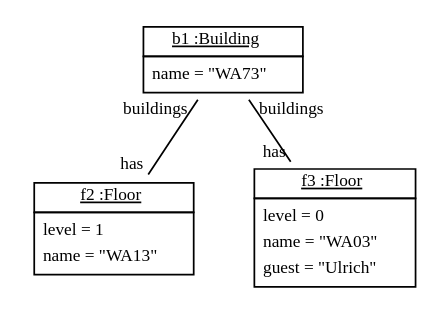
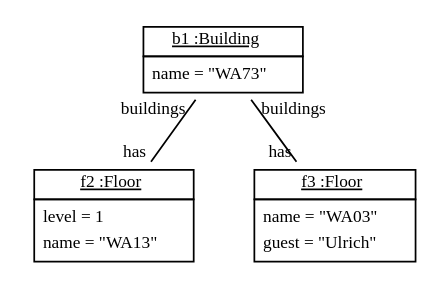
The diagram in doc/GenericObjectDiagram16.dot (fujaba/SDMLib), drawn with Graphviz before and after one commit. The commit also changed 303 other files, not shown here.

```diff
--- a/doc/GenericObjectDiagram16.dot
+++ b/doc/GenericObjectDiagram16.dot
@@ -1,12 +1,12 @@
 graph ObjectDiagram {
    node [shape = none, fontsize = 10];
    edge [fontsize = 10];
    compound=true;
 
 b1 [label=<<table border='0' cellborder='1' cellspacing='0'> <tr> <td href="../test/de/kassel/roombook/Building.java"> <u>b1 :Building</u></td></tr><tr><td><table border='0' cellborder='0' cellspacing='0'><tr><td align='left'>name = "WA73"</td></tr></table></td></tr></table>>];
 f2 [label=<<table border='0' cellborder='1' cellspacing='0'> <tr> <td href="../test/de/kassel/roombook/Floor.java"> <u>f2 :Floor</u></td></tr><tr><td><table border='0' cellborder='0' cellspacing='0'><tr><td align='left'>level = 1</td></tr><tr><td align='left'>name = "WA13"</td></tr></table></td></tr></table>>];
-f3 [label=<<table border='0' cellborder='1' cellspacing='0'> <tr> <td href="../test/de/kassel/roombook/Floor.java"> <u>f3 :Floor</u></td></tr><tr><td><table border='0' cellborder='0' cellspacing='0'><tr><td align='left'>level = 0</td></tr><tr><td align='left'>name = "WA03"</td></tr><tr><td align='left'>guest = "Ulrich"</td></tr></table></td></tr></table>>];
+f3 [label=<<table border='0' cellborder='1' cellspacing='0'> <tr> <td href="../test/de/kassel/roombook/Floor.java"> <u>f3 :Floor</u></td></tr><tr><td><table border='0' cellborder='0' cellspacing='0'><tr><td align='left'>name = "WA03"</td></tr><tr><td align='left'>guest = "Ulrich"</td></tr></table></td></tr></table>>];
 
 b1 -- f2 [headlabel = "has" taillabel = "buildings"];
 b1 -- f3 [headlabel = "has" taillabel = "buildings"];
 }
```
